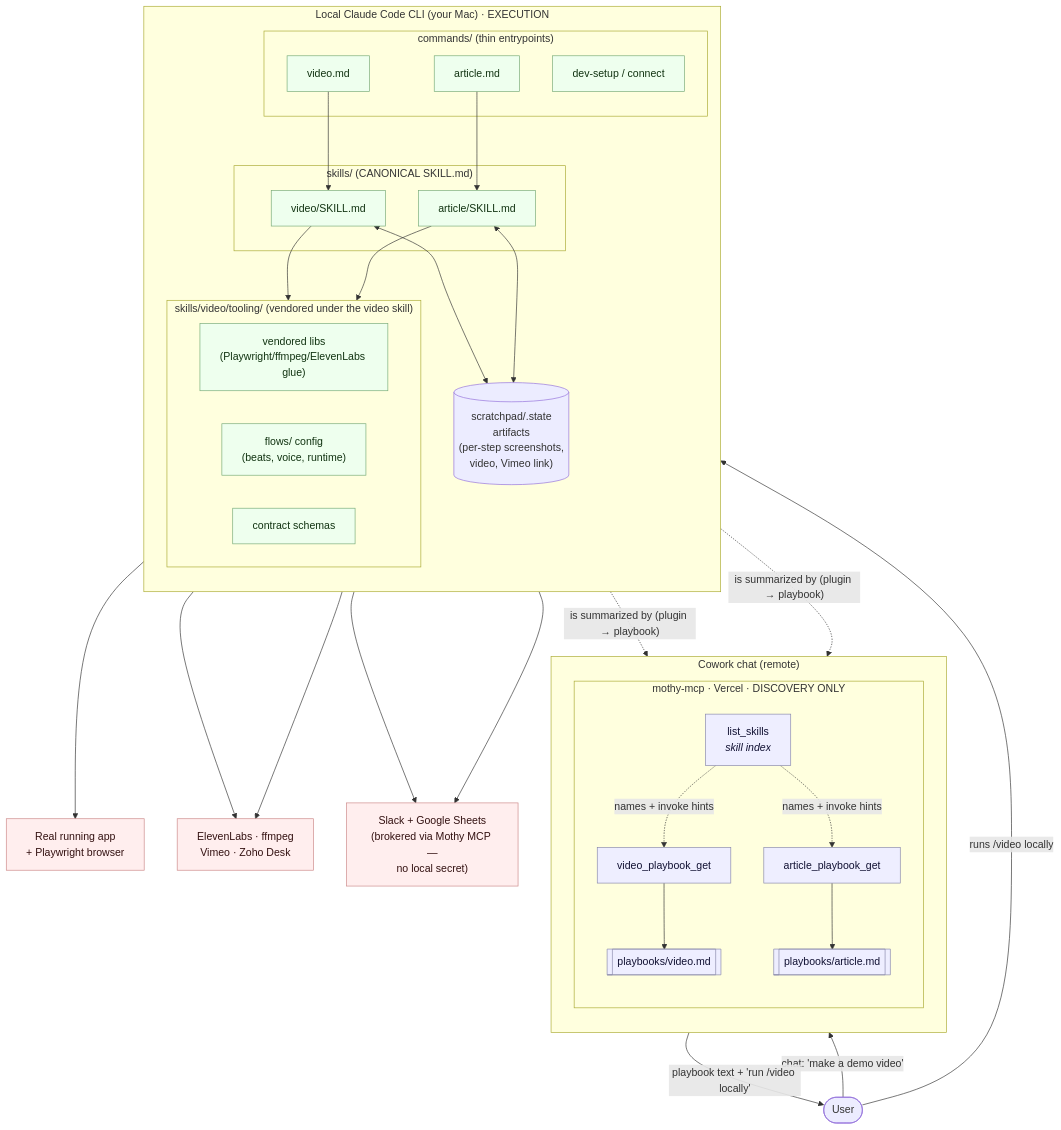
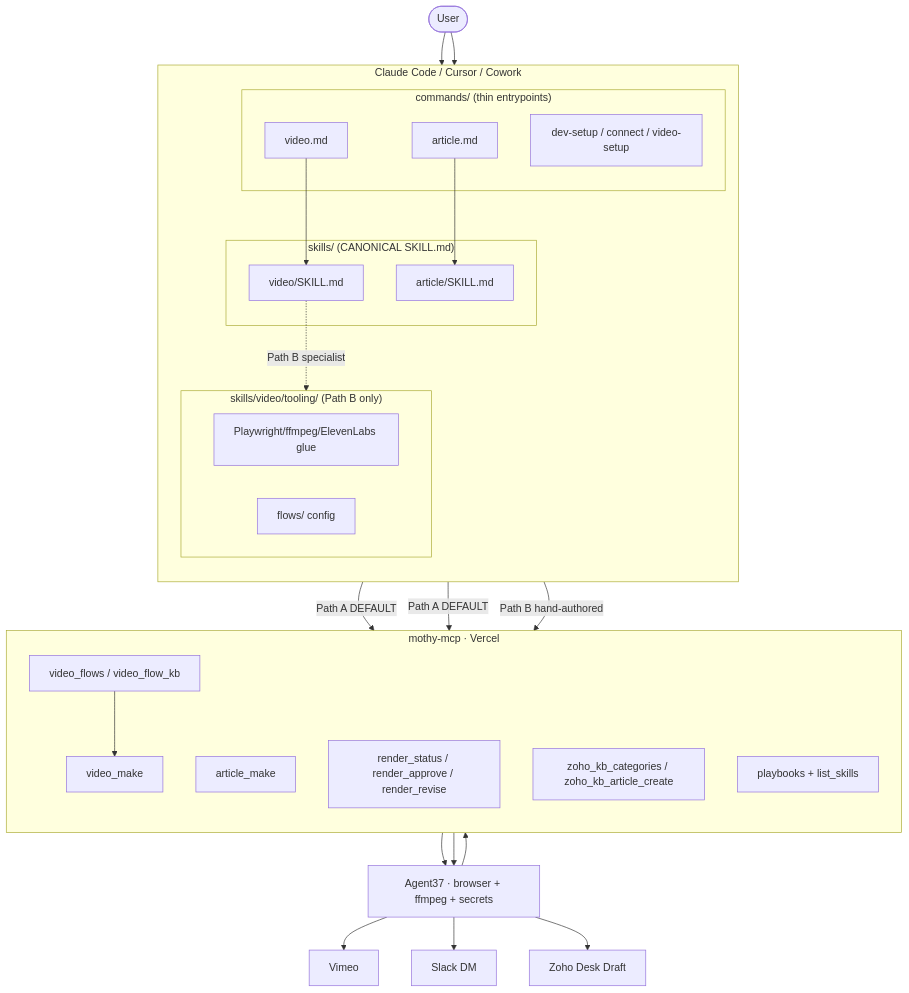
One commit to moth-flame/mothy-plugins changed the diagram in plugins/mothy/docs/ARCHITECTURE.md. Above: the diagram before and after it, drawn with Mermaid. The commit also changed other lines of this file and 20 other files, not shown here.

First line of the commit message:
feat(mothy): 0.27.0 — remote Path A video/article + missing slash commands

````diff
--- a/plugins/mothy/docs/ARCHITECTURE.md
+++ b/plugins/mothy/docs/ARCHITECTURE.md
@@ -24,69 +26,55 @@
 ```mermaid
 flowchart TB
     user(["User"])
 
-    subgraph cowork["Cowork chat (remote)"]
-        direction TB
-        subgraph mcp["mothy-mcp · Vercel · DISCOVERY ONLY"]
-            direction TB
-            ls["list_skills<br/><i>skill index</i>"]
-            vpg["video_playbook_get"]
-            apg["article_playbook_get"]
-            pbv[["playbooks/video.md"]]
-            pba[["playbooks/article.md"]]
-            vpg --> pbv
-            apg --> pba
-            ls -. "names + invoke hints" .-> vpg
-            ls -. "names + invoke hints" .-> apg
-        end
-    end
-
-    subgraph mac["Local Claude Code CLI (your Mac) · EXECUTION"]
+    subgraph client["Claude Code / Cursor / Cowork"]
         direction TB
         subgraph cmds["commands/ (thin entrypoints)"]
             cvideo["video.md"]
             carticle["article.md"]
-            csetup["dev-setup / connect"]
+            csetup["dev-setup / connect / video-setup"]
         end
         subgraph skills["skills/ (CANONICAL SKILL.md)"]
             svideo["video/SKILL.md"]
             sarticle["article/SKILL.md"]
         end
-        subgraph tooling["skills/video/tooling/ (vendored under the video skill)"]
-            libs["vendored libs<br/>(Playwright/ffmpeg/ElevenLabs glue)"]
-            flows["flows/ config<br/>(beats, voice, runtime)"]
-            schemas["contract schemas"]
+        subgraph tooling["skills/video/tooling/ (Path B only)"]
+            libs["Playwright/ffmpeg/ElevenLabs glue"]
+            flows["flows/ config"]
         end
-        state[("scratchpad/.state<br/>artifacts<br/>(per-step screenshots,<br/>video, Vimeo link)")]
     end
 
-    extapps["Real running app<br/>+ Playwright browser"]
-    extapis["ElevenLabs · ffmpeg<br/>Vimeo · Zoho Desk"]
-    brokered["Slack + Google Sheets<br/>(brokered via Mothy MCP —<br/>no local secret)"]
+    subgraph mcp["mothy-mcp · Vercel"]
+        direction TB
+        vflows["video_flows / video_flow_kb"]
+        vmake["video_make"]
+        amake["article_make"]
+        rstat["render_status / render_approve / render_revise"]
+        zoho["zoho_kb_categories / zoho_kb_article_create"]
+        playbooks["playbooks + list_skills"]
+    end
 
-    user -->|"chat: 'make a demo video'"| mcp
-    mcp -->|"playbook text + 'run /video locally'"| user
-    user -->|"runs /video locally"| cvideo
+    agent37["Agent37 · browser + ffmpeg + secrets"]
+    vimeo["Vimeo"]
+    zohoDesk["Zoho Desk Draft"]
+    slack["Slack DM"]
 
+    user --> cvideo
+    user --> carticle
     cvideo --> svideo
     carticle --> sarticle
-    svideo --> tooling
-    sarticle --> tooling
-    svideo <--> state
-    sarticle <--> state
-    svideo --> extapps
-    svideo --> extapis
-    sarticle --> extapis
-    svideo --> brokered
-    sarticle --> brokered
 
-    svideo -. "is summarized by (plugin → playbook)" .-> pbv
-    sarticle -. "is summarized by (plugin → playbook)" .-> pba
+    svideo -->|"Path A DEFAULT"| vflows
+    vflows --> vmake
+    vmake --> agent37
+    agent37 --> rstat
+    agent37 --> vimeo
+    agent37 --> slack
 
-    classDef discovery fill:#eef,stroke:#88a,color:#113;
-    classDef exec fill:#efe,stroke:#7a7,color:#131;
-    classDef ext fill:#fee,stroke:#c88,color:#311;
-    class ls,vpg,apg,pbv,pba discovery;
-    class cvideo,carticle,csetup,svideo,sarticle,libs,flows,schemas exec;
-    class extapps,extapis,brokered ext;
+    sarticle -->|"Path A DEFAULT"| amake
+    amake --> agent37
+    agent37 --> zohoDesk
+    sarticle -->|"Path B hand-authored"| zoho
+
+    svideo -. "Path B specialist" .-> tooling
 ```
````
